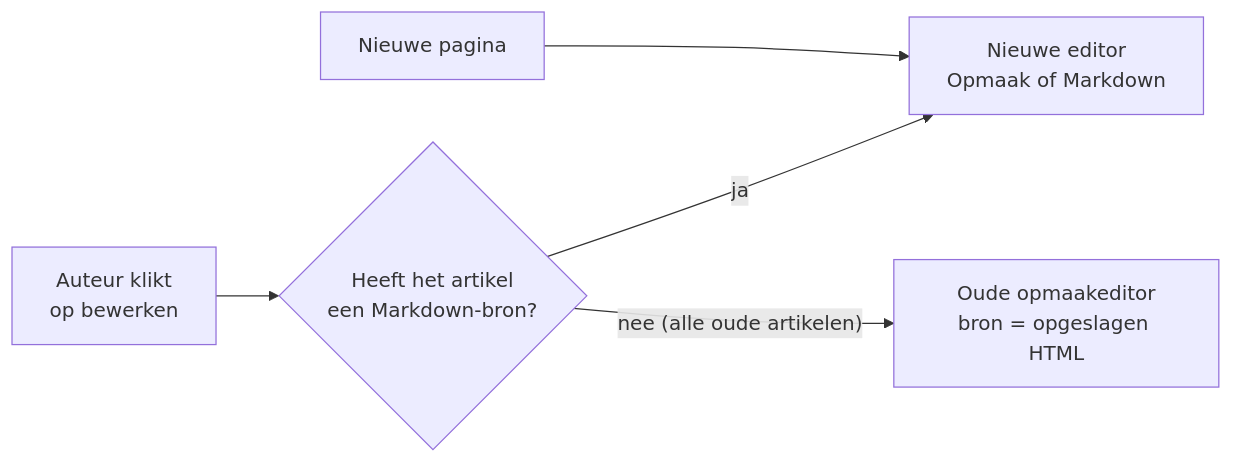
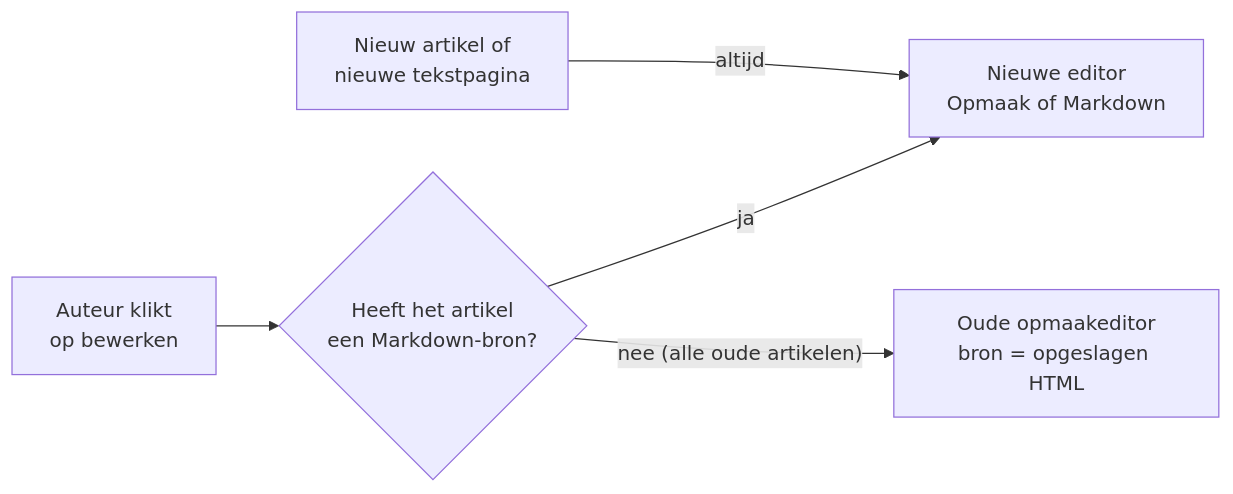
One commit to guidol-ive/hypha changed the fourth of 7 diagrams in ai/design/concept/20261026_MARKDOWN_EDITOR.md. Above: the diagram before and after it, drawn with Mermaid. The commit also changed other lines of this file and 46 other files, not shown here.

````diff
--- a/ai/design/concept/20261026_MARKDOWN_EDITOR.md
+++ b/ai/design/concept/20261026_MARKDOWN_EDITOR.md
@@ -447,7 +457,7 @@
 ```mermaid
 flowchart LR
     A["Auteur klikt<br/>op bewerken"] --> B{"Heeft het artikel<br/>een Markdown-bron?"}
     B -->|ja| C["Nieuwe editor<br/>Opmaak of Markdown"]
     B -->|"nee (alle oude artikelen)"| D["Oude opmaakeditor<br/>bron = opgeslagen HTML"]
-    N["Nieuwe pagina"] --> C
+    N["Nieuw artikel of<br/>nieuwe tekstpagina"] -->|altijd| C
 ```
````
